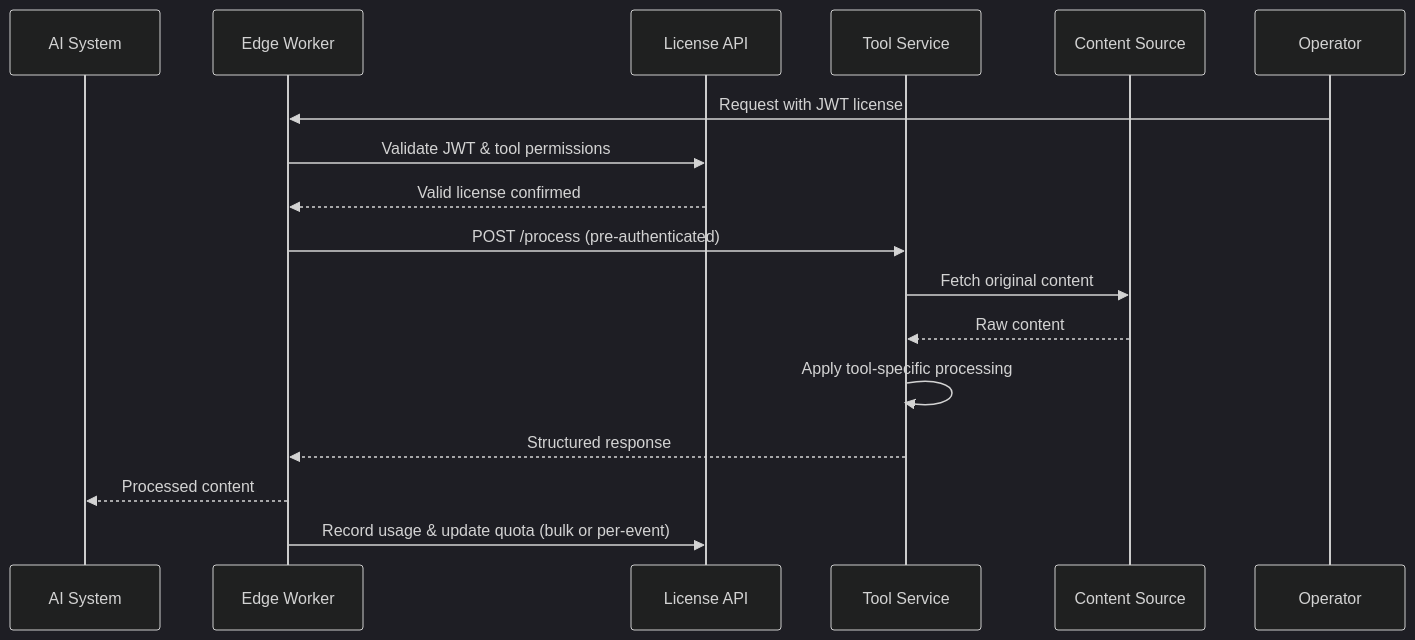
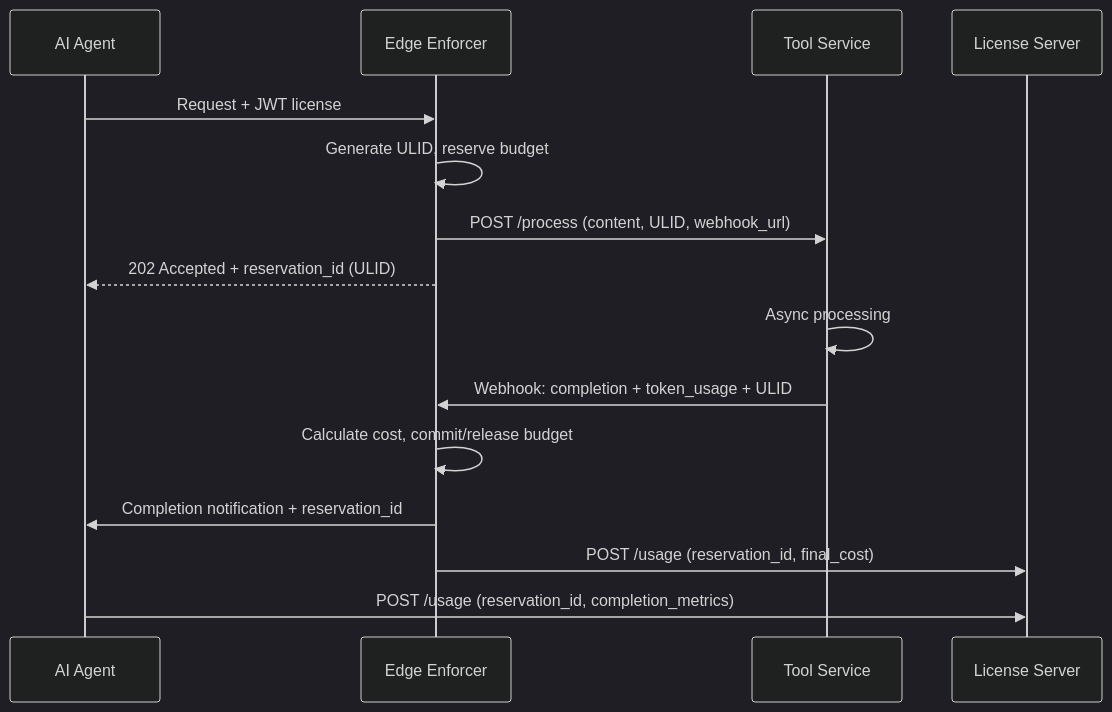
Before and after one commit to PeekThenPay/peek-json-spec: the third of 3 diagrams in docs/tool-service-api.md, drawn with Mermaid (dark theme). The commit also changed other lines of this file and 7 other files, not shown here.

````diff
--- a/docs/tool-service-api.md
+++ b/docs/tool-service-api.md
@@ -79,19 +176,18 @@
 ```mermaid
 sequenceDiagram
-  participant AI as AI System
-  participant Enforcer as Edge Worker
-  participant License as License API
+  participant Agent as AI Agent
+  participant Enforcer as Edge Enforcer
   participant Service as Tool Service
-  participant Content as Content Source
+  participant License as License Server
 
-  Operator->>Enforcer: Request with JWT license
-  Enforcer->>License: Validate JWT & tool permissions
-  License-->>Enforcer: Valid license confirmed
-  Enforcer->>Service: POST /process (pre-authenticated)
-  Service->>Content: Fetch original content
-  Content-->>Service: Raw content
-  Service->>Service: Apply tool-specific processing
-  Service-->>Enforcer: Structured response
-  Enforcer-->>AI: Processed content
-  Enforcer->>License: Record usage & update quota (bulk or per-event)
+  Agent->>Enforcer: Request + JWT license
+  Enforcer->>Enforcer: Generate ULID, reserve budget
+  Enforcer->>Service: POST /process (content, ULID, webhook_url)
+  Enforcer-->>Agent: 202 Accepted + reservation_id (ULID)
+  Service->>Service: Async processing
+  Service->>Enforcer: Webhook: completion + token_usage + ULID
+  Enforcer->>Enforcer: Calculate cost, commit/release budget
+  Enforcer->>Agent: Completion notification + reservation_id
+  Enforcer->>License: POST /usage (reservation_id, final_cost)
+  Agent->>License: POST /usage (reservation_id, completion_metrics)
 ```
````
